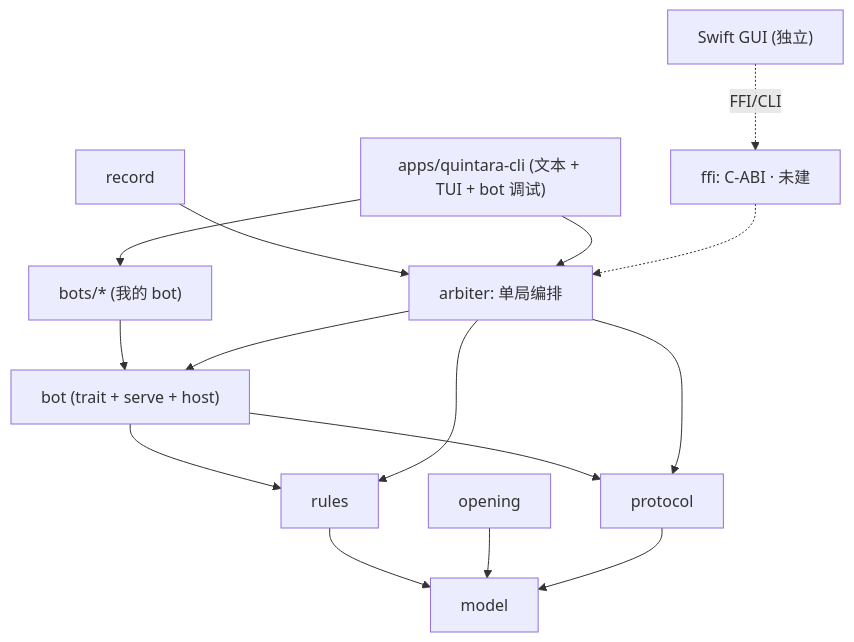
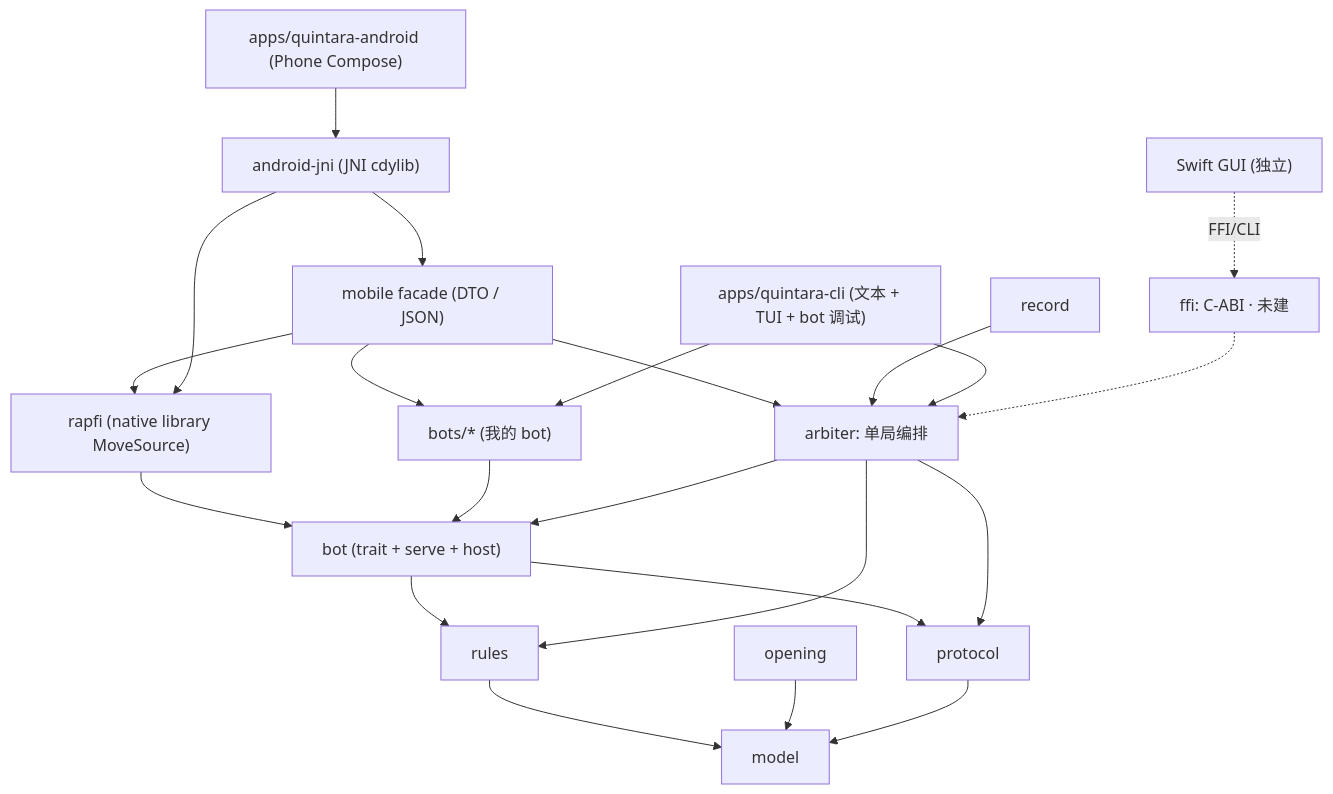
Before and after one commit to erning/quintara: the diagram in docs/architecture.md, drawn with Mermaid. The commit also changed other lines of this file and 36 other files, not shown here.

First line of the commit message:
feat(android): add phone app with Rapfi native backend

````diff
--- a/docs/architecture.md
+++ b/docs/architecture.md
@@ -78,15 +87,22 @@
 ```mermaid
 flowchart TD
     RULES[rules] --> MODEL[model]
     OPENING[opening] --> MODEL
     PROTOCOL[protocol] --> MODEL
     BOT["bot (trait + serve + host)"] --> PROTOCOL
     BOT --> RULES
+    RAPFI["rapfi (native library MoveSource)"] --> BOT
     MYBOTS["bots/* (我的 bot)"] --> BOT
     ARBITER[arbiter: 单局编排] --> RULES & BOT & PROTOCOL
+    MOBILE["mobile facade (DTO / JSON)"] --> ARBITER
+    MOBILE --> MYBOTS
+    MOBILE --> RAPFI
+    ANDROID_JNI["android-jni (JNI cdylib)"] --> MOBILE
+    ANDROID_JNI --> RAPFI
     RECORD[record] --> ARBITER
     CLI["apps/quintara-cli (文本 + TUI + bot 调试)"] --> ARBITER
     CLI --> MYBOTS
+    ANDROID["apps/quintara-android (Phone Compose)"] --> ANDROID_JNI
     FFI[ffi: C-ABI · 未建] -.-> ARBITER
     SWIFT["Swift GUI (独立)"] -.FFI/CLI.-> FFI
 ```
````
